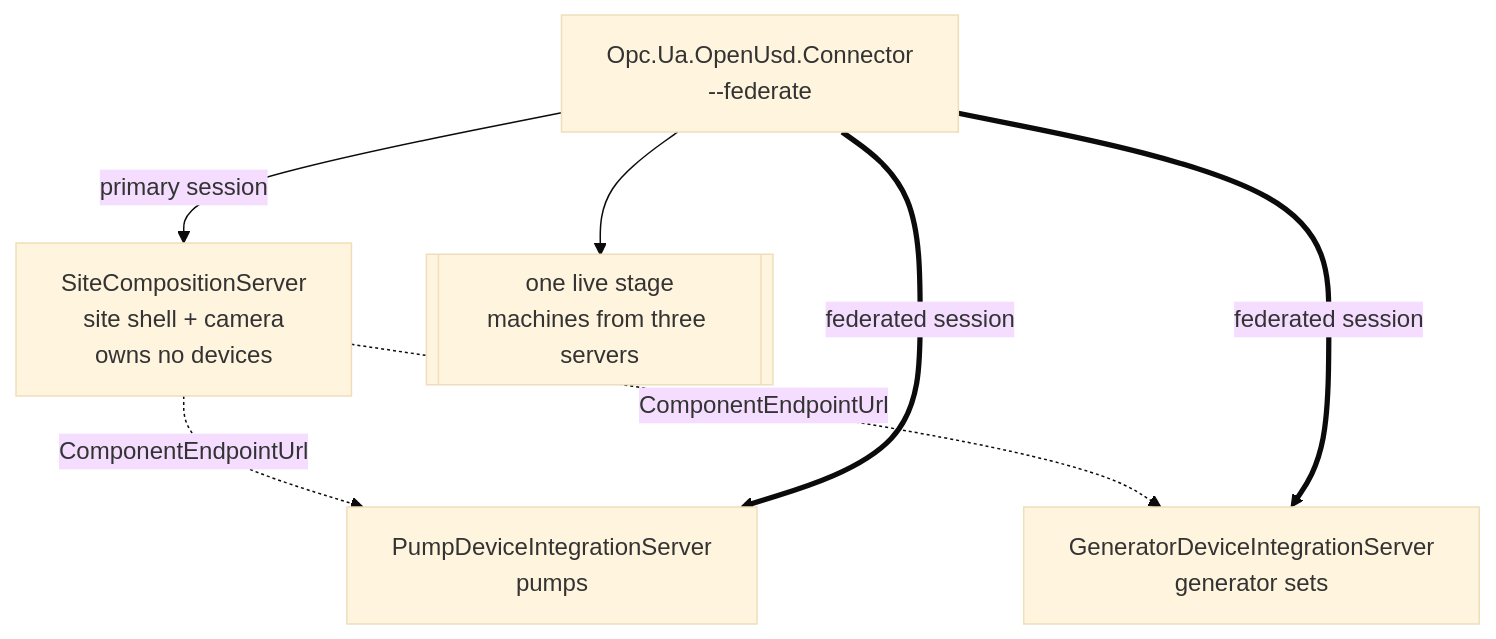
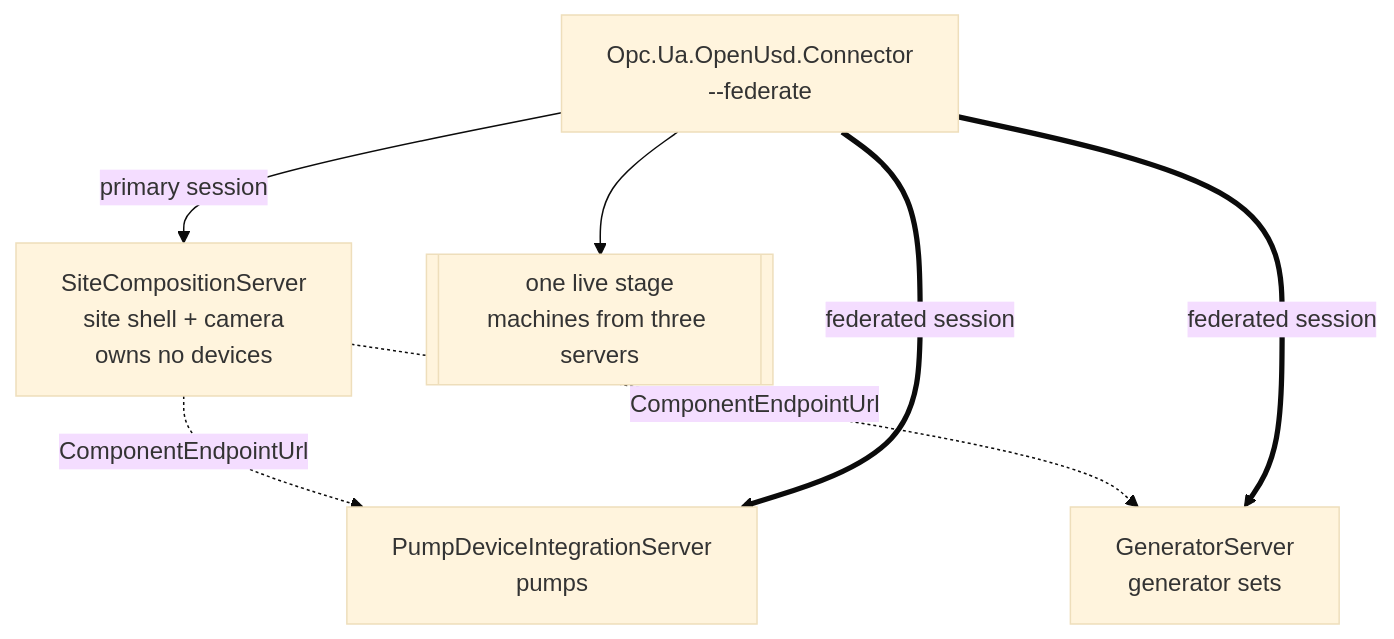
Before and after one commit to OPCFoundation/UA-.NETStandard: the diagram in samples/SiteCompositionServer/README.md, drawn with Mermaid (base theme). The commit also changed other lines of this file and 40 other files, not shown here.

First line of the commit message:
Address PR feedback: rename to GeneratorServer, relocate docs and tests

````diff
--- a/samples/SiteCompositionServer/README.md
+++ b/samples/SiteCompositionServer/README.md
@@ -14,15 +14,15 @@
 ```mermaid
 flowchart TD
   C["Opc.Ua.OpenUsd.Connector<br/>--federate"]
   S["SiteCompositionServer<br/>site shell + camera<br/>owns no devices"]
   P["PumpDeviceIntegrationServer<br/>pumps"]
-  G["GeneratorDeviceIntegrationServer<br/>generator sets"]
+  G["GeneratorServer<br/>generator sets"]
 
   C -->|"primary session"| S
   S -.->|"ComponentEndpointUrl"| P
   S -.->|"ComponentEndpointUrl"| G
   C ==>|"federated session"| P
   C ==>|"federated session"| G
 
   C --> STAGE[["one live stage<br/>machines from three servers"]]
 ```
````
